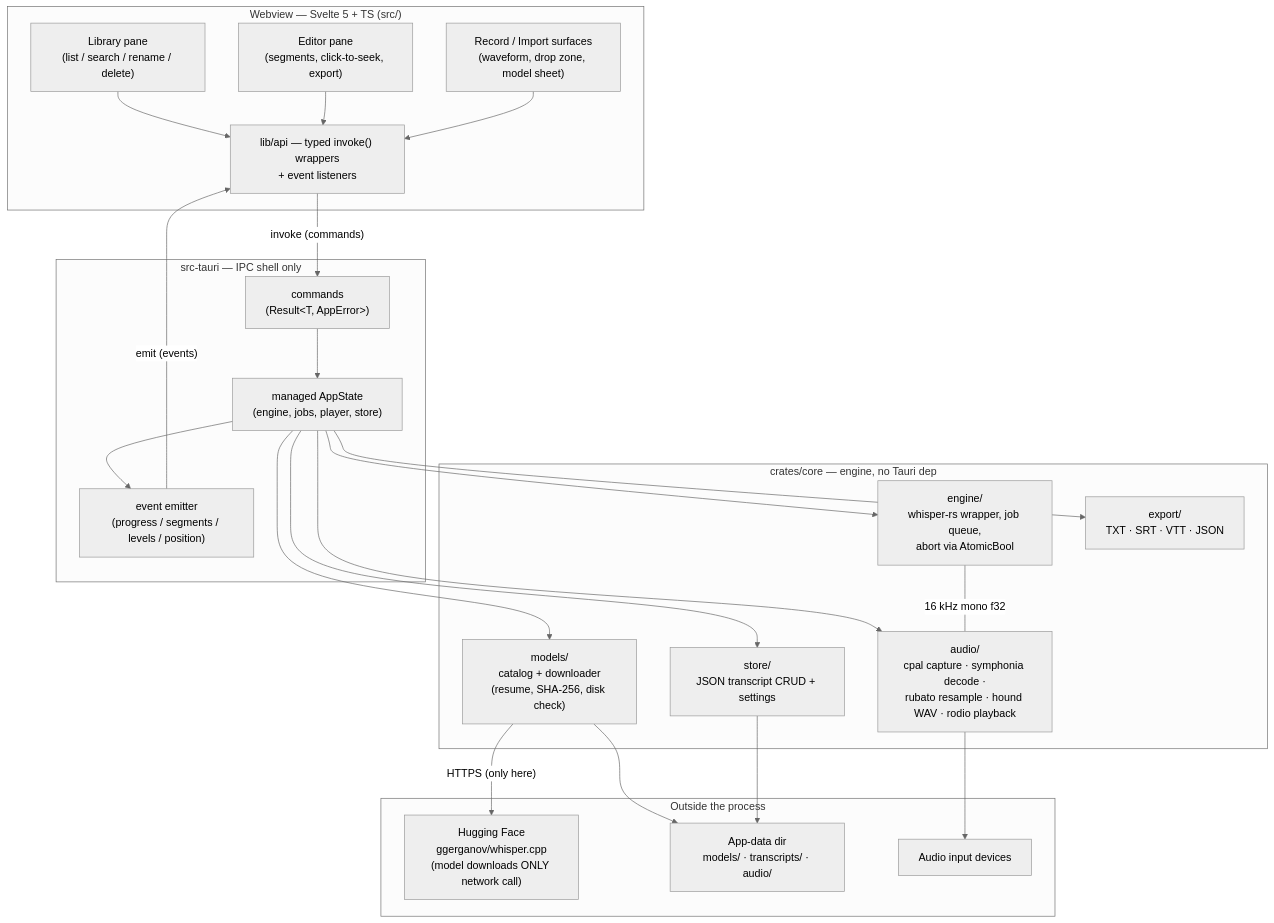
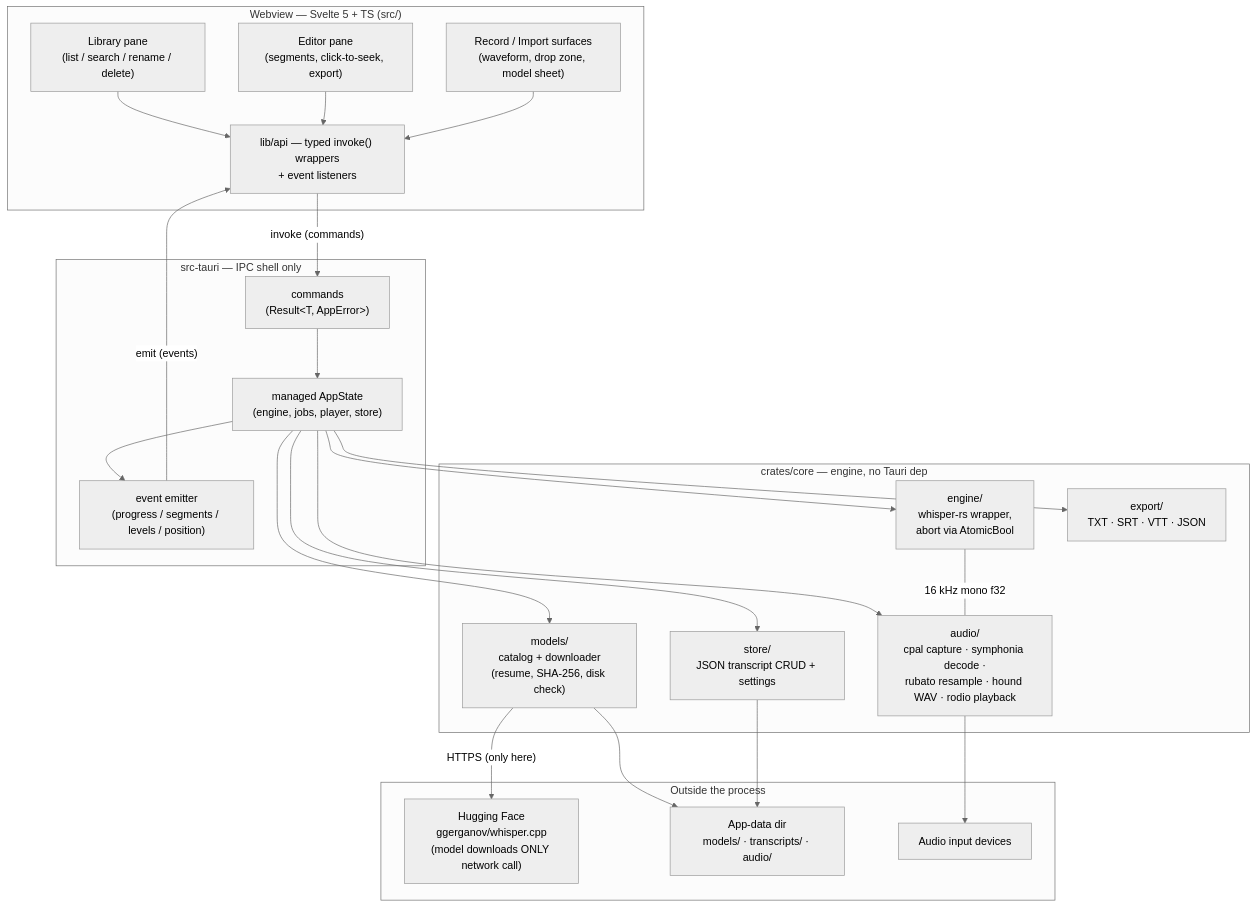
Before and after one commit to Attestrum/transcription: the diagram in docs/diagrams/architecture/app-overview.md, drawn with Mermaid (neutral theme). The commit also changed other lines of this file and 1 other file, not shown here.

First line of the commit message:
docs(diagrams): sync app-overview drift + add export-formats diagram

````diff
--- a/docs/diagrams/architecture/app-overview.md
+++ b/docs/diagrams/architecture/app-overview.md
@@ -17,49 +17,49 @@
 ```mermaid
 flowchart TB
     subgraph webview["Webview — Svelte 5 + TS (src/)"]
         UI_LIB["Library pane<br/>(list / search / rename / delete)"]
         UI_ED["Editor pane<br/>(segments, click-to-seek, export)"]
         UI_REC["Record / Import surfaces<br/>(waveform, drop zone, model sheet)"]
         API["lib/api — typed invoke() wrappers<br/>+ event listeners"]
         UI_LIB --> API
         UI_ED --> API
         UI_REC --> API
     end
 
     subgraph shell["src-tauri — IPC shell only"]
         CMD["commands<br/>(Result&lt;T, AppError&gt;)"]
         EVT["event emitter<br/>(progress / segments / levels / position)"]
         STATE["managed AppState<br/>(engine, jobs, player, store)"]
         CMD --> STATE
         STATE --> EVT
     end
 
     subgraph core["crates/core — engine, no Tauri dep"]
         MODELS["models/<br/>catalog + downloader<br/>(resume, SHA-256, disk check)"]
-        ENGINE["engine/<br/>whisper-rs wrapper, job queue,<br/>abort via AtomicBool"]
+        ENGINE["engine/<br/>whisper-rs wrapper,<br/>abort via AtomicBool"]
         AUDIO["audio/<br/>cpal capture · symphonia decode ·<br/>rubato resample · hound WAV · rodio playback"]
         STORE["store/<br/>JSON transcript CRUD + settings"]
         EXPORT["export/<br/>TXT · SRT · VTT · JSON"]
     end
 
     subgraph external["Outside the process"]
         HF["Hugging Face<br/>ggerganov/whisper.cpp<br/>(model downloads ONLY network call)"]
         FS["App-data dir<br/>models/ · transcripts/ · audio/"]
         DEV["Audio input devices"]
     end
 
     API -- "invoke (commands)" --> CMD
     EVT -- "emit (events)" --> API
 
     STATE --> MODELS
     STATE --> ENGINE
     STATE --> AUDIO
     STATE --> STORE
     STATE --> EXPORT
 
     MODELS -- "HTTPS (only here)" --> HF
     MODELS --> FS
     STORE --> FS
     AUDIO --> DEV
     ENGINE -- "16 kHz mono f32" --- AUDIO
 ```
````
